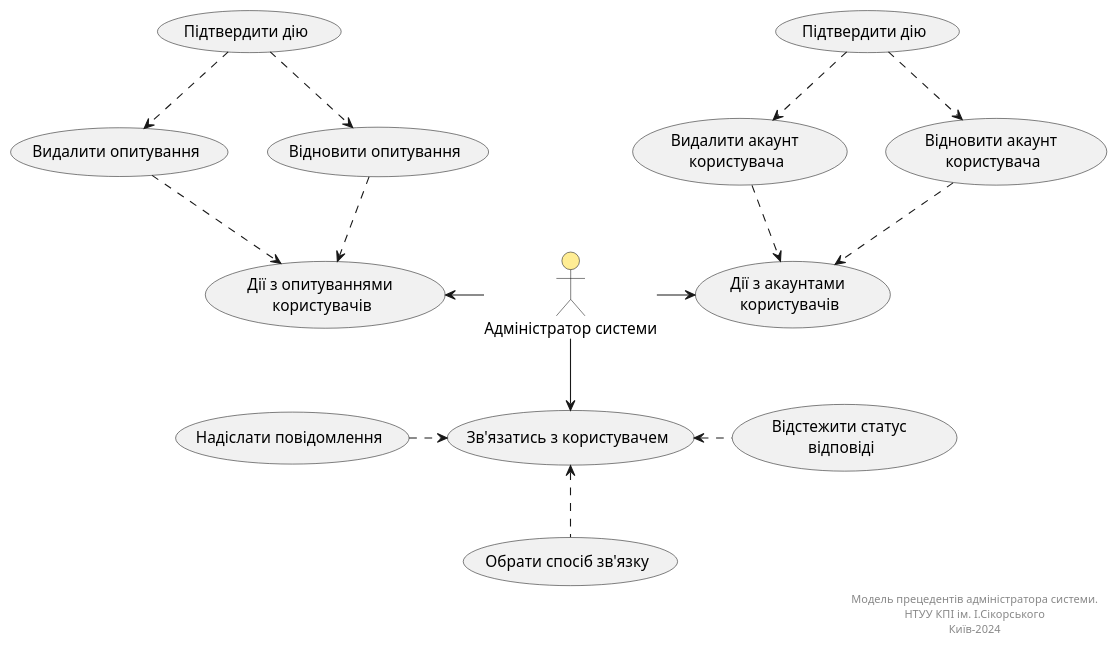
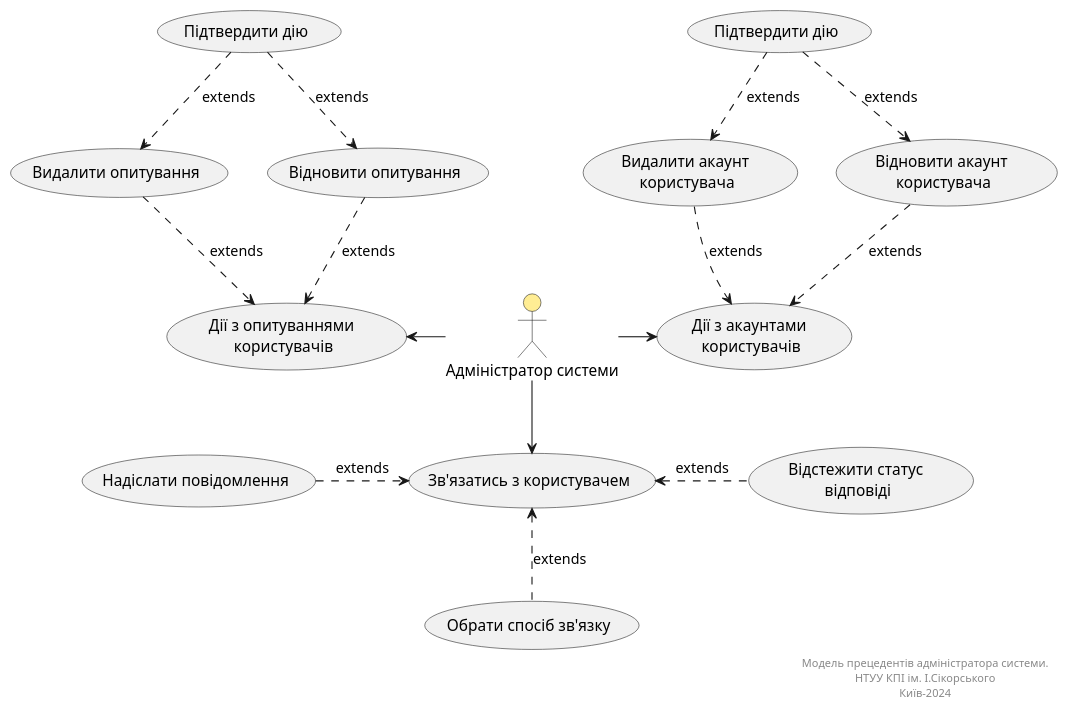
The second of 3 diagrams in docs/use_cases.md (generalmaks/db_labs), drawn with PlantUML before and after one commit. The commit also changed other lines of this file, not shown here.

Commit message:
Added some fixes in use case diagrams

````diff
--- a/docs/use_cases.md
+++ b/docs/use_cases.md
@@ -54,49 +54,49 @@
 ```plantuml
 @startuml
 actor "Адміністратор системи" as Admin #ffed94
 
     usecase "Зв'язатись з користувачем" as UC_1.1
     usecase "Дії з акаунтами \nкористувачів" as UC_1.2
     usecase "Дії з опитуваннями \nкористувачів" as UC_1.3
     
     usecase "Обрати спосіб зв'язку" as UC_1.1.1
     usecase "Відстежити статус \nвідповіді" as UC_1.1.2
     usecase "Надіслати повідомлення" as UC_1.1.3
     
     usecase "Видалити акаунт \nкористувача" as UC_1.2.1
     usecase "Відновити акаунт \nкористувача" as UC_1.2.2
     
     usecase "Видалити опитування" as UC_1.3.1
     usecase "Відновити опитування" as UC_1.3.2
     
     usecase "Підтвердити дію" as UC_1.2.12
     usecase "Підтвердити дію" as UC_1.3.12
     
     Admin -down-> UC_1.1
     Admin -right-> UC_1.2
     Admin -left-> UC_1.3
     
-    UC_1.1.1 .up.> UC_1.1
-    UC_1.1.2 .left.> UC_1.1
-    UC_1.1.3 .right.> UC_1.1
+    UC_1.1.1 .up.> UC_1.1 :extends
+    UC_1.1.2 .left.> UC_1.1 :extends
+    UC_1.1.3 .right.> UC_1.1 :extends
     
-    UC_1.2.1 ..> UC_1.2
-    UC_1.2.2 ..> UC_1.2
+    UC_1.2.1 ..> UC_1.2 :extends
+    UC_1.2.2 ..> UC_1.2 :extends
     
-    UC_1.3.1 ..> UC_1.3
-    UC_1.3.2 ..> UC_1.3
+    UC_1.3.1 ..> UC_1.3 :extends
+    UC_1.3.2 ..> UC_1.3 :extends
     
-    UC_1.2.12 ..> UC_1.2.1
-    UC_1.2.12 ..> UC_1.2.2
+    UC_1.2.12 ..> UC_1.2.1 :extends
+    UC_1.2.12 ..> UC_1.2.2 :extends
     
-    UC_1.3.12 ..> UC_1.3.1
-    UC_1.3.12 ..> UC_1.3.2
+    UC_1.3.12 ..> UC_1.3.1 :extends
+    UC_1.3.12 ..> UC_1.3.2 :extends
         
     right footer
         Модель прецедентів адміністратора системи.
         НТУУ КПІ ім. І.Сікорського
         Київ-2024
     end footer
 
 @enduml
 ```
````
